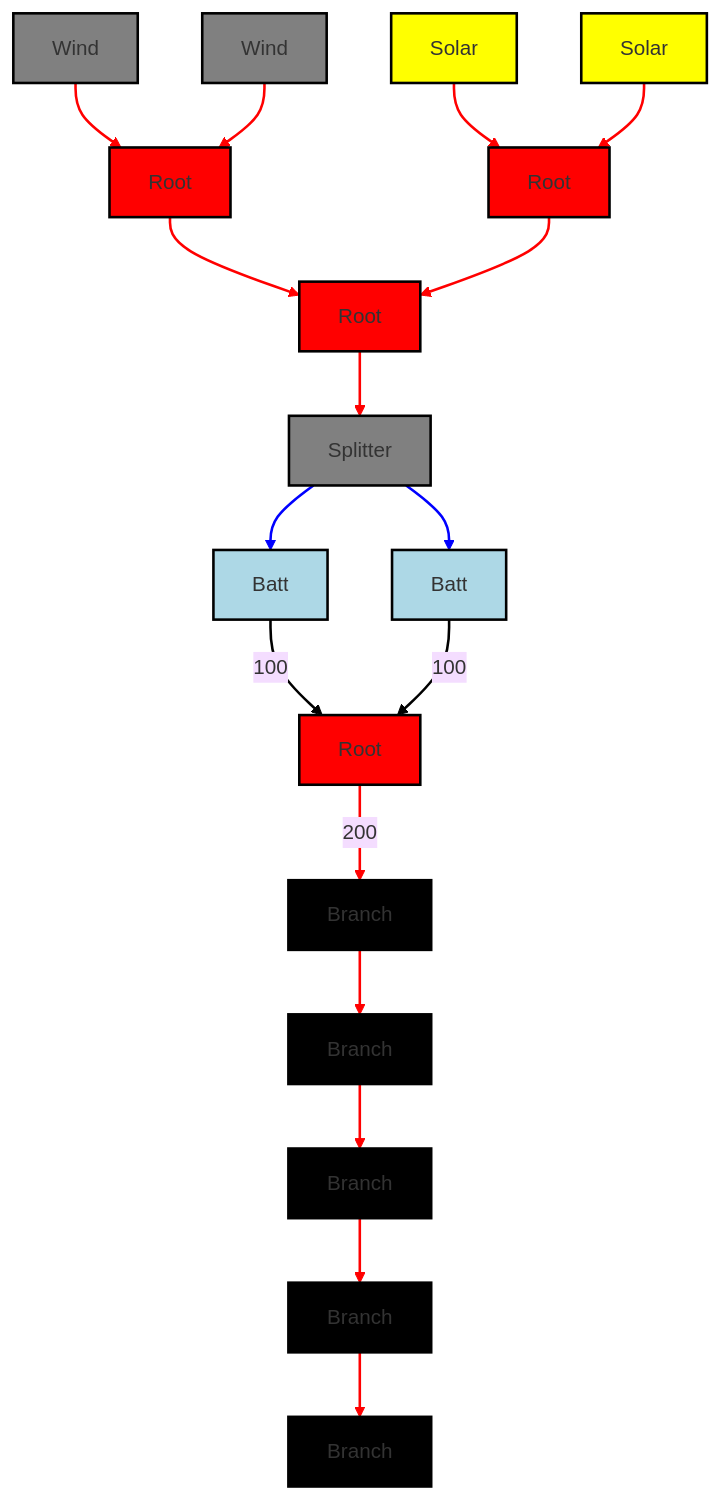
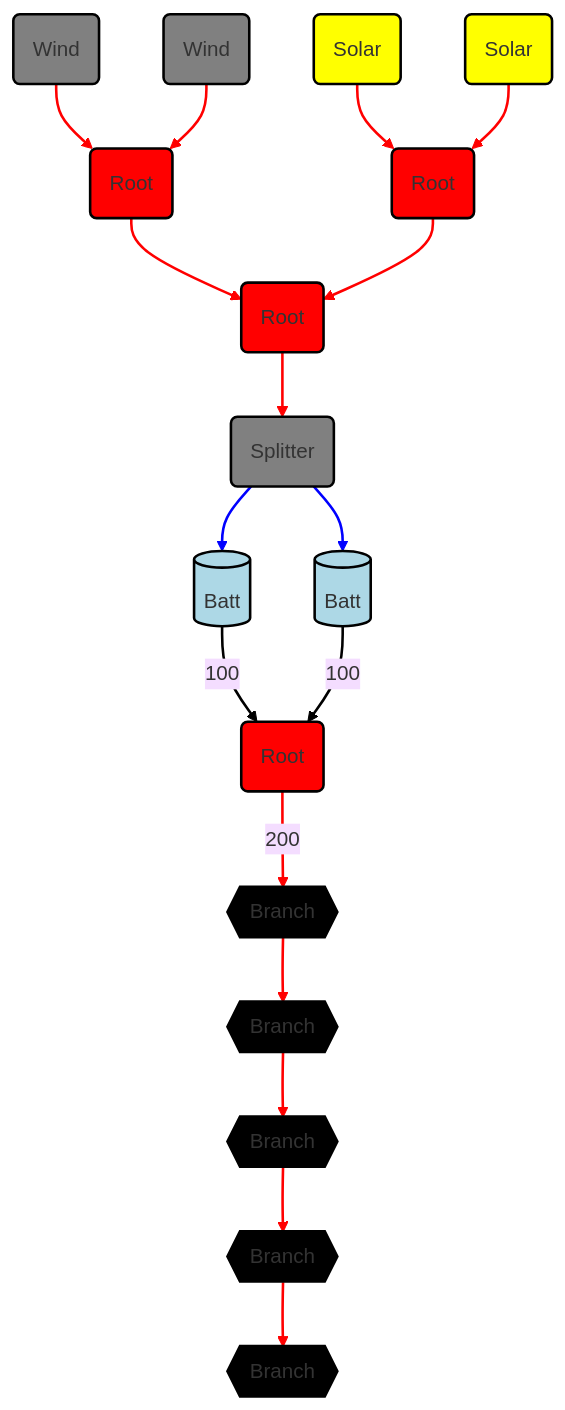
One commit to ZareMate/rust-logistics changed the diagram in example.md. Above: the diagram before and after it, drawn with Mermaid.

````diff
--- a/example.md
+++ b/example.md
@@ -1,42 +1,42 @@
 ```mermaid
   %%{init: {'theme':'base'}}%%
   graph TD;
     %% Class Definitions
     classDef root fill:#ff0000,stroke:#000,stroke-width:2,color:#fff; %% Red background, white text
     classDef branch fill:#000000,stroke:#000,stroke-width:2,color:#fff; %% Black background, white text
     classDef wind fill:gray,stroke:#000,stroke-width:2,color:#fff; %% Grey background, white text circle
     classDef solar fill:yellow,stroke:#000,stroke-width:2,color:#000; %% Yellow background, black text
     classDef batt fill:#add8e6,stroke:#000,stroke-width:2,color:#000; %% Light blue background, black text
     classDef splitter fill:gray,stroke:#000,stroke-width:2,color:#000; %% Light grey background, black text
 
     %% Graph Nodes
-    Wind1[Wind] -->| | Root1[Root];
-    Wind2[Wind] -->| | Root1[Root];
-    Solar1[Solar] -->| | Root2[Root];
-    Solar2[Solar] -->| | Root2[Root];
-    Root1[Root] -->| | Root3[Root];
-    Root2[Root] -->| | Root3[Root];
-    Root3[Root] -->| | Splitter1[Splitter];
-    Splitter1[Splitter] -->| | Batt1[Batt];
-    Splitter1[Splitter] -->| | Batt2[Batt];
-    Batt1[Batt] -->|100| Root4[Root];
-    Batt2[Batt] -->|100| Root4[Root];
-    Root4[Root] -->|200| Branch1[Branch];
-    Branch1[Branch] --> Branch2[Branch];
-    Branch2[Branch] --> Branch3[Branch];
-    Branch3[Branch] --> Branch4[Branch];
-    Branch4[Branch] --> Branch5[Branch];
+    Wind1(Wind) -->| | Root1(Root);
+    Wind2(Wind) -->| | Root1(Root);
+    Solar1(Solar) -->| | Root2(Root);
+    Solar2(Solar) -->| | Root2(Root);
+    Root1(Root) -->| | Root3(Root);
+    Root2(Root) -->| | Root3(Root);
+    Root3(Root) -->| | Splitter1(Splitter);
+    Splitter1(Splitter) -->| | Batt1(Batt);
+    Splitter1(Splitter) -->| | Batt2(Batt);
+    Batt1[(Batt)] -->|100| Root4(Root);
+    Batt2[(Batt)] -->|100| Root4(Root);
+    Root4(Root) -->|200| Branch1{{Branch}};
+    Branch1{{Branch}} --> Branch2{{Branch}};
+    Branch2{{Branch}} --> Branch3{{Branch}};
+    Branch3{{Branch}} --> Branch4{{Branch}};
+    Branch4{{Branch}} --> Branch5{{Branch}};
 
     %% Link Styles
     linkStyle 0,1,2,3,4,5,6,11,12,13,14,15 stroke:red,stroke-width:2;
     linkStyle 7,8 stroke:blue,stroke-width:2;
     linkStyle 9,10 stroke:black,stroke-width:2;
 
     %% Class Assignments
     class Root1,Root2,Root3,Root4 root;
     class Branch1,Branch2,Branch3,Branch4,Branch5 branch;
     class Wind1,Wind2 wind;
     class Solar1,Solar2 solar;
     class Batt1,Batt2 batt;
     class Splitter1 splitter;
 ```
````
